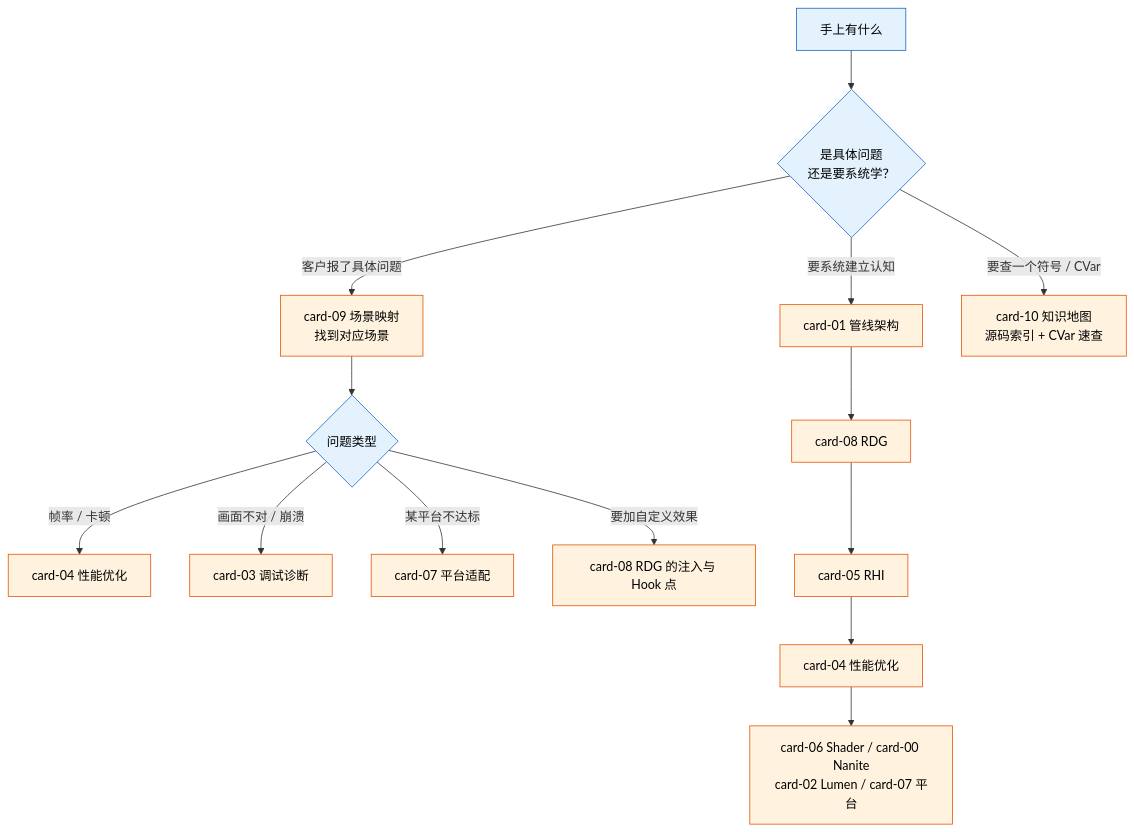
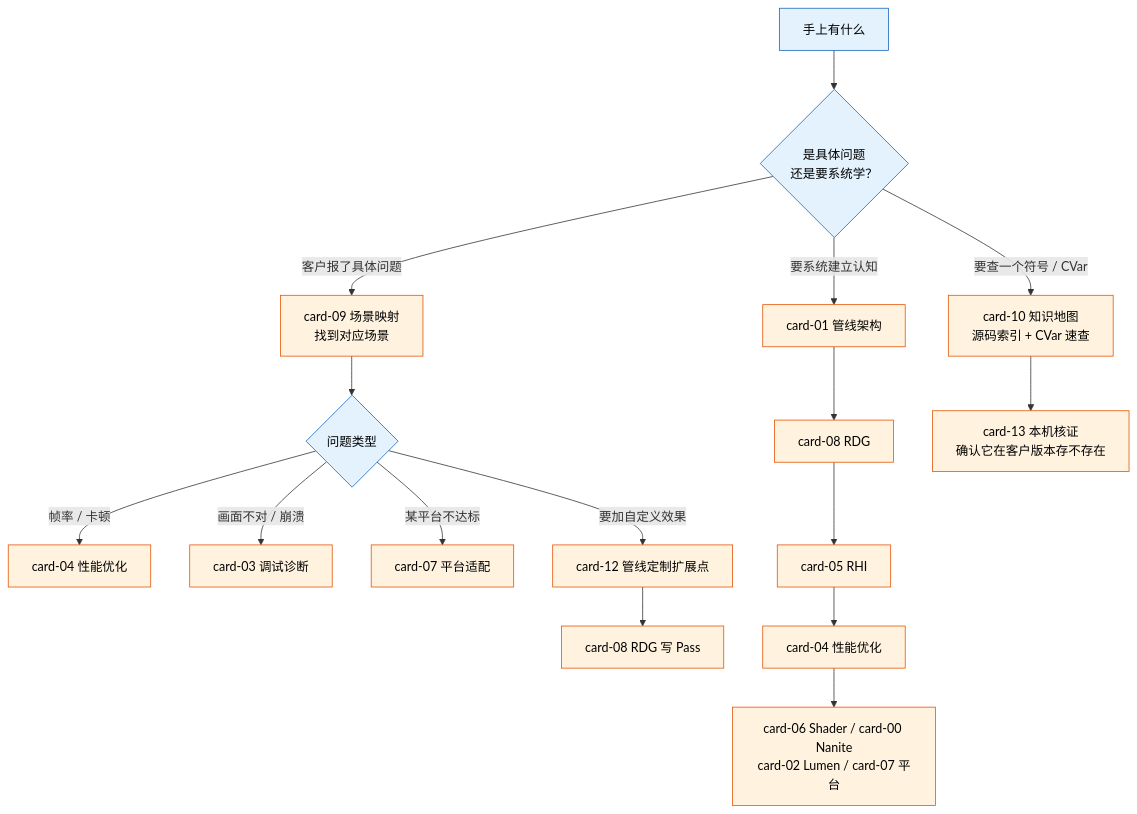
Before and after one commit to MotionlessPeri/agent_coding_guidelines: the diagram in references/ue-rendering/README.md, drawn with Mermaid. The commit also changed other lines of this file and 14 other files, not shown here.

````diff
--- a/references/ue-rendering/README.md
+++ b/references/ue-rendering/README.md
@@ -29,24 +31,26 @@
 ```mermaid
 flowchart TD
     Start["手上有什么"] --> Q1{"是具体问题<br/>还是要系统学？"}
 
     Q1 -->|"客户报了具体问题"| S1["card-09 场景映射<br/>找到对应场景"]
     S1 --> S2{"问题类型"}
     S2 -->|"帧率 / 卡顿"| P1["card-04 性能优化"]
     S2 -->|"画面不对 / 崩溃"| P2["card-03 调试诊断"]
     S2 -->|"某平台不达标"| P3["card-07 平台适配"]
-    S2 -->|"要加自定义效果"| P4["card-08 RDG 的注入与 Hook 点"]
+    S2 -->|"要加自定义效果"| P4["card-12 管线定制扩展点"]
+    P4 --> P5["card-08 RDG 写 Pass"]
 
     Q1 -->|"要系统建立认知"| L1["card-01 管线架构"]
     L1 --> L2["card-08 RDG"]
     L2 --> L3["card-05 RHI"]
     L3 --> L4["card-04 性能优化"]
     L4 --> L5["card-06 Shader / card-00 Nanite<br/>card-02 Lumen / card-07 平台"]
 
     Q1 -->|"要查一个符号 / CVar"| F1["card-10 知识地图<br/>源码索引 + CVar 速查"]
+    F1 --> F2["card-13 本机核证<br/>确认它在客户版本存不存在"]
 
     classDef entry fill:#e3f2fd,stroke:#1565c0,color:#000
     classDef doc fill:#fff3e0,stroke:#e65100,color:#000
     class Start,Q1,S2 entry
-    class S1,P1,P2,P3,P4,L1,L2,L3,L4,L5,F1 doc
+    class S1,P1,P2,P3,P4,P5,L1,L2,L3,L4,L5,F1,F2 doc
 ```
````
